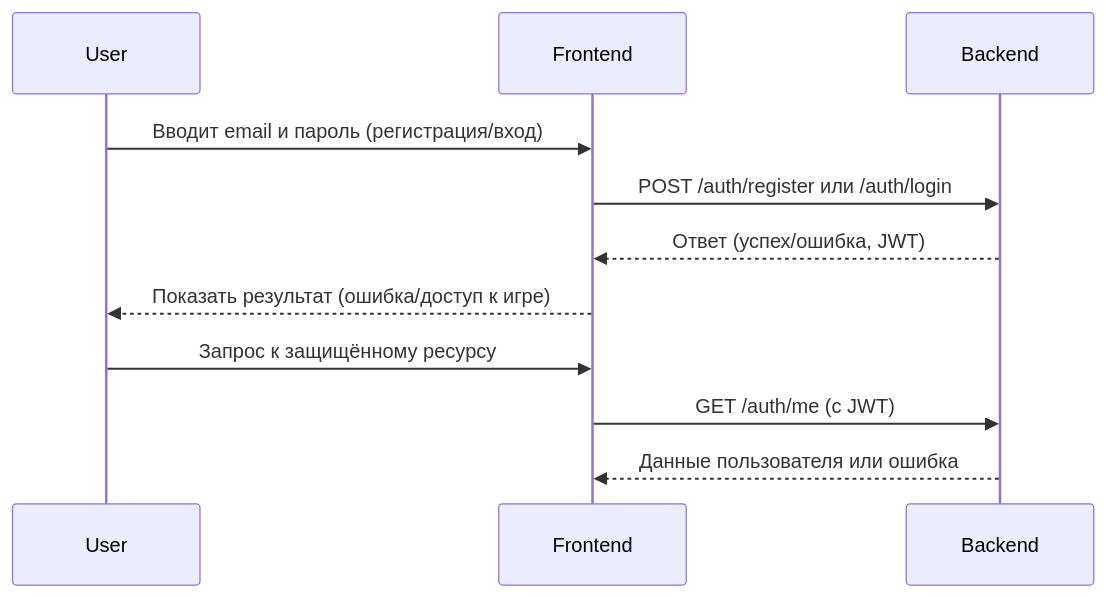
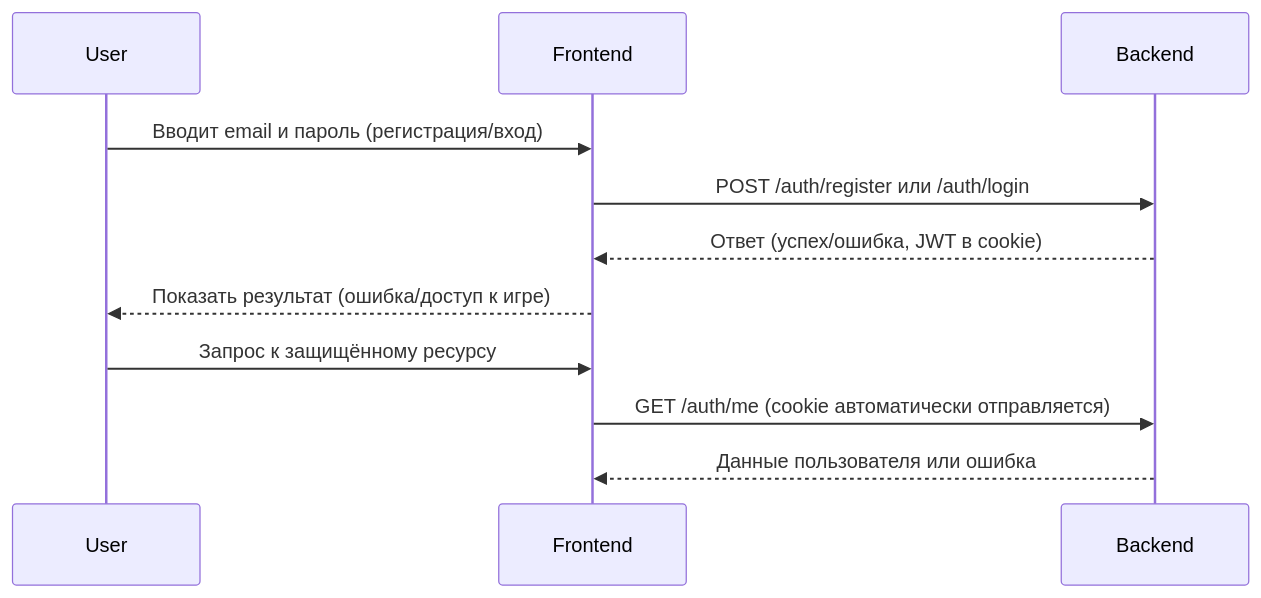
The diagram in docs/05_auth_analytics.md (SanoLitch/auto-strategy), drawn with Mermaid before and after one commit. The commit also changed other lines of this file and 32 other files, not shown here.

````diff
--- a/docs/05_auth_analytics.md
+++ b/docs/05_auth_analytics.md
@@ -149,14 +151,14 @@
 ```mermaid
 sequenceDiagram
     participant User
     participant Frontend
     participant Backend
 
     User->>Frontend: Вводит email и пароль (регистрация/вход)
     Frontend->>Backend: POST /auth/register или /auth/login
-    Backend-->>Frontend: Ответ (успех/ошибка, JWT)
+    Backend-->>Frontend: Ответ (успех/ошибка, JWT в cookie)
     Frontend-->>User: Показать результат (ошибка/доступ к игре)
     User->>Frontend: Запрос к защищённому ресурсу
-    Frontend->>Backend: GET /auth/me (с JWT)
+    Frontend->>Backend: GET /auth/me (cookie автоматически отправляется)
     Backend-->>Frontend: Данные пользователя или ошибка
 ```
````
